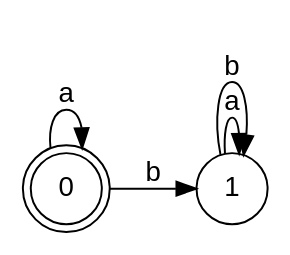
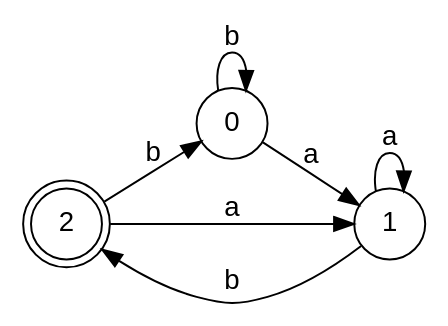
One commit to MishkaSimakov/FiniteAutomata changed the diagram in files/drawing.dot. Above: the diagram before and after it, drawn with Graphviz. The commit also changed 9 other files, not shown here.

```diff
--- a/files/drawing.dot
+++ b/files/drawing.dot
@@ -1,12 +1,14 @@
 digraph finite_state_machine {
 fontname="Helvetica,Arial,sans-serif"
 node [fontname="Helvetica,Arial,sans-serif"]
 edge [fontname="Helvetica,Arial,sans-serif"]
 rankdir=LR;
-node [shape = doublecircle]; 0;
+node [shape = doublecircle]; 2;
 node [shape = circle];
-0 -> 0 [label = "a"];
-0 -> 1 [label = "b"];
+0 -> 1 [label = "a"];
+0 -> 0 [label = "b"];
 1 -> 1 [label = "a"];
-1 -> 1 [label = "b"];
+1 -> 2 [label = "b"];
+2 -> 1 [label = "a"];
+2 -> 0 [label = "b"];
 }
```
